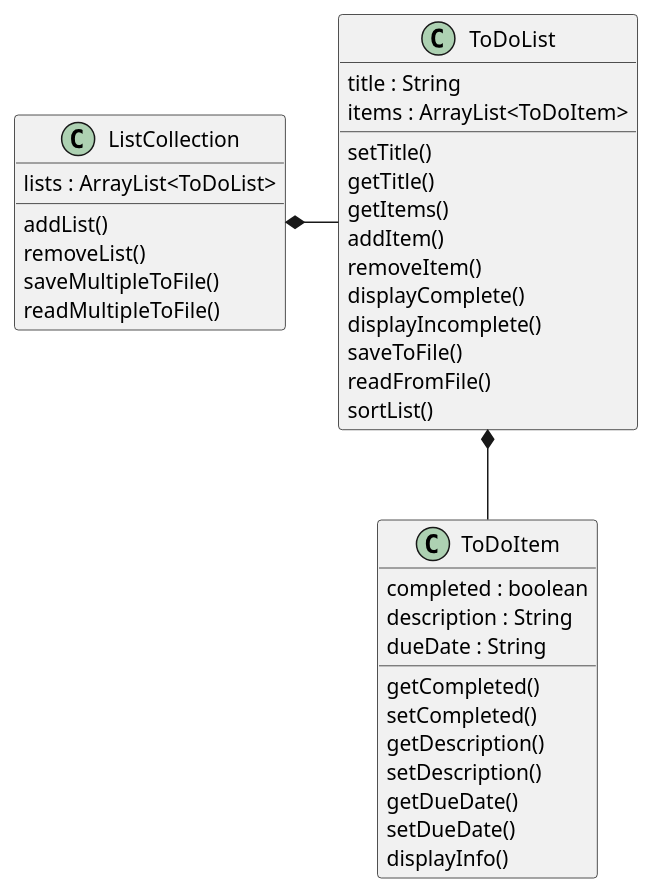
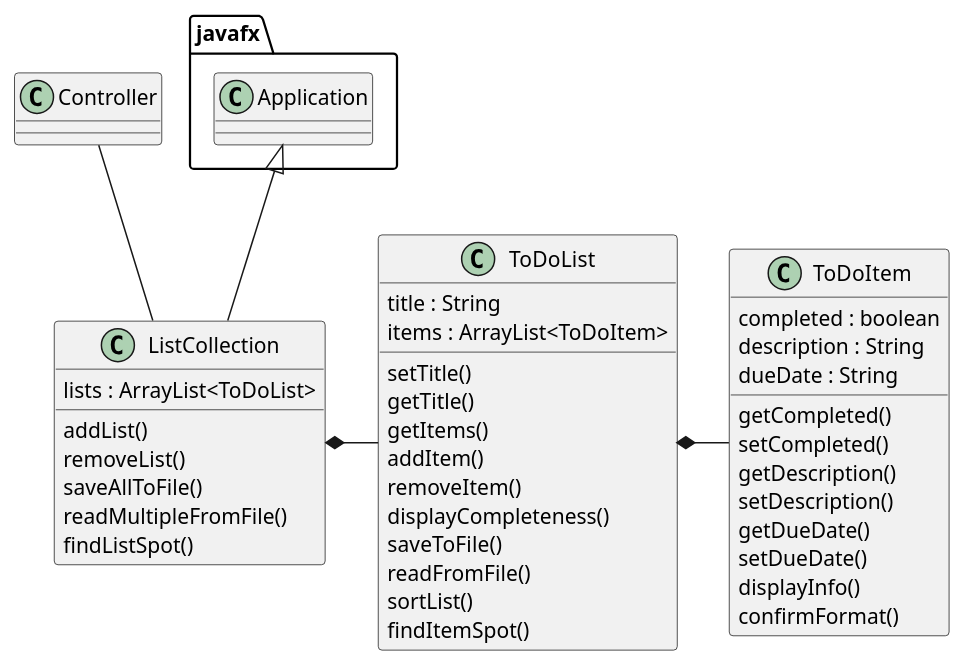
One commit to ehraiford/raiford-cop3330-assignment4part2 changed the diagram in uml/ToDoListManager.puml. Above: the diagram before and after it, drawn with PlantUML. The commit also changed 10 other files, not shown here.

```diff
--- a/uml/ToDoListManager.puml
+++ b/uml/ToDoListManager.puml
@@ -1,44 +1,51 @@
 @startuml
 'https://plantuml.com/class-diagram
-ToDoList*--ToDoItem
+ToDoList*-ToDoItem
 ListCollection*-ToDoList
+javafx.Application<|-- ListCollection
+Controller-- ListCollection
+
+class Controller{
+}
 class ListCollection{
     lists : ArrayList<ToDoList>
 
     addList()
     removeList()
-    saveMultipleToFile()
-    readMultipleToFile()
+    saveAllToFile()
+    readMultipleFromFile()
+    findListSpot()
 }
 
 class ToDoList{
     title : String
     items : ArrayList<ToDoItem>
 
     setTitle()
     getTitle()
     getItems()
     addItem()
     removeItem()
-    displayComplete()
-    displayIncomplete()
+    displayCompleteness()
     saveToFile()
     readFromFile()
     sortList()
+    findItemSpot()
 }
 
 class ToDoItem{
     completed : boolean
     description : String
     dueDate : String
 
     getCompleted()
     setCompleted()
     getDescription()
     setDescription()
     getDueDate()
     setDueDate()
     displayInfo()
+    confirmFormat()
 }
 
 @enduml
```
